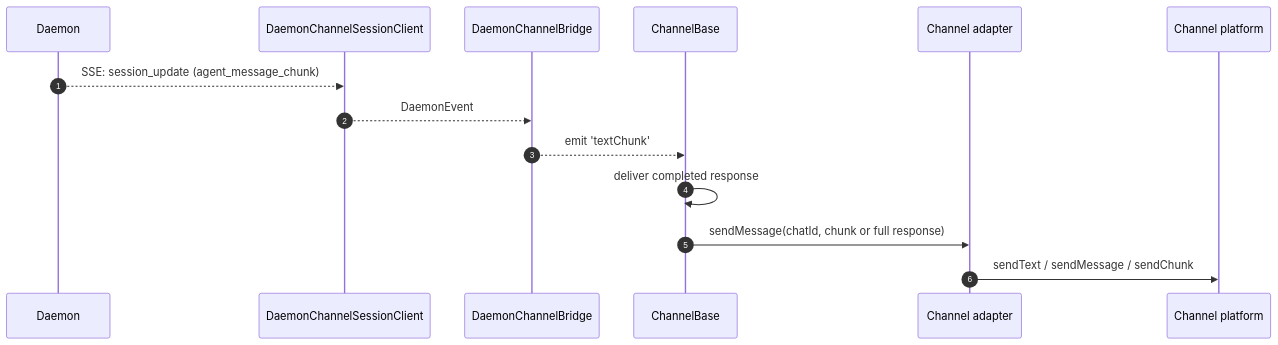
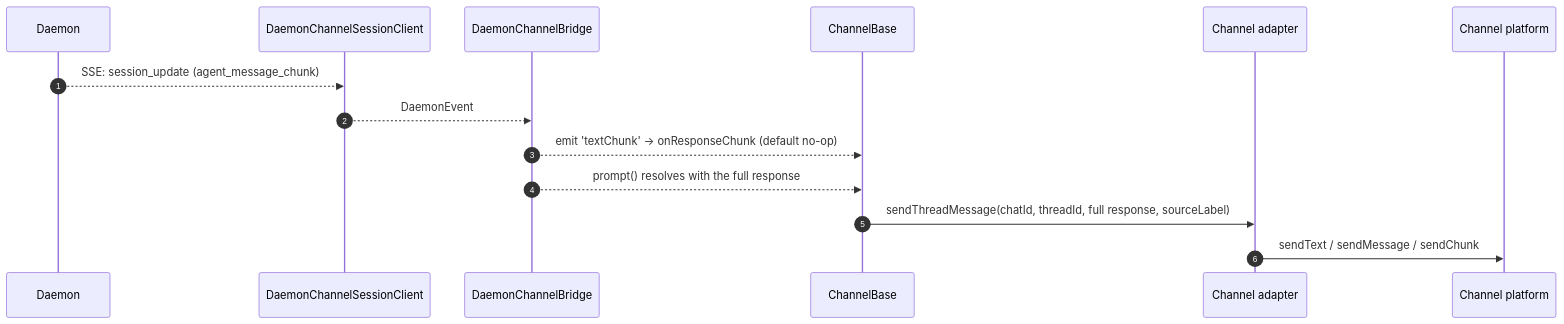
Before and after one commit to QwenLM/qwen-code: the second of 3 diagrams in docs/developers/daemon/15-channel-adapters.md, drawn with Mermaid. The commit also changed 5 other files, not shown here.

````diff
--- a/docs/developers/daemon/15-channel-adapters.md
+++ b/docs/developers/daemon/15-channel-adapters.md
@@ -132,17 +132,17 @@
 ```mermaid
 sequenceDiagram
     autonumber
     participant D as Daemon
     participant SC as DaemonChannelSessionClient
     participant BR as DaemonChannelBridge
     participant CB as ChannelBase
     participant AD as Channel adapter
     participant CH as Channel platform
 
     D-->>SC: SSE: session_update (agent_message_chunk)
     SC-->>BR: DaemonEvent
-    BR-->>CB: emit 'textChunk'
-    CB->>CB: deliver completed response
-    CB->>AD: sendMessage(chatId, chunk or full response)
+    BR-->>CB: emit 'textChunk' -> onResponseChunk (default no-op)
+    BR-->>CB: prompt() resolves with the full response
+    CB->>AD: sendThreadMessage(chatId, threadId, full response, sourceLabel)
     AD->>CH: sendText / sendMessage / sendChunk
 ```
````
